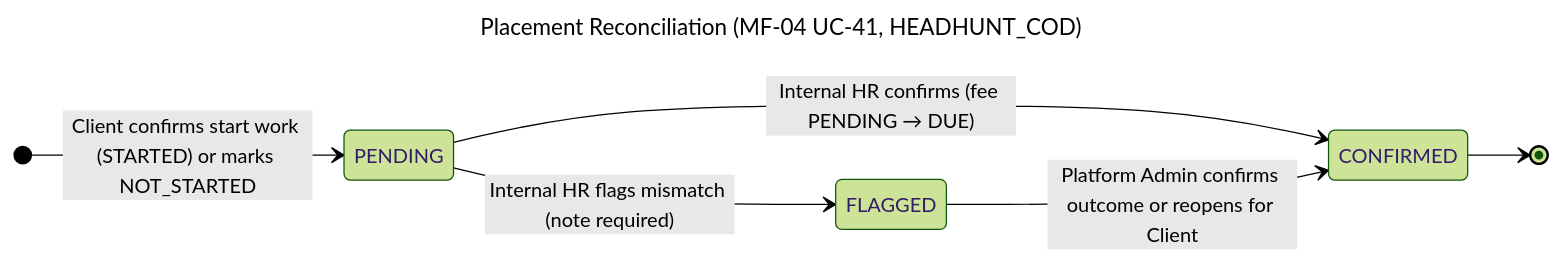
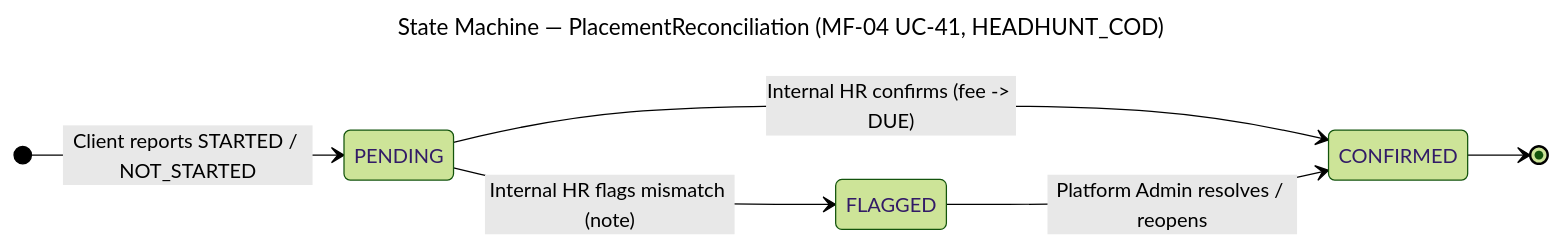
The diagram in docs/diagrams/state-machines/source/sm-placement-reconciliation.mmd (hoangqui794/hr-connect), drawn with Mermaid (forest theme) before and after one commit. The commit also changed 172 other files, not shown here.

Commit message:
docs: add architectural, sequence, and state machine diagrams

```diff
--- a/docs/diagrams/state-machines/source/sm-placement-reconciliation.mmd
+++ b/docs/diagrams/state-machines/source/sm-placement-reconciliation.mmd
@@ -1,10 +1,10 @@
 ---
-title: Placement Reconciliation (MF-04 UC-41, HEADHUNT_COD)
+title: State Machine — PlacementReconciliation (MF-04 UC-41, HEADHUNT_COD)
 ---
 stateDiagram-v2
   direction LR
-  [*] --> PENDING : Client confirms start work (STARTED) or marks NOT_STARTED
-  PENDING --> CONFIRMED : Internal HR confirms (fee PENDING → DUE)
-  PENDING --> FLAGGED : Internal HR flags mismatch (note required)
-  FLAGGED --> CONFIRMED : Platform Admin confirms outcome or reopens for Client
+  [*] --> PENDING : Client reports STARTED / NOT_STARTED
+  PENDING --> CONFIRMED : Internal HR confirms (fee -> DUE)
+  PENDING --> FLAGGED : Internal HR flags mismatch (note)
+  FLAGGED --> CONFIRMED : Platform Admin resolves / reopens
   CONFIRMED --> [*]
```
